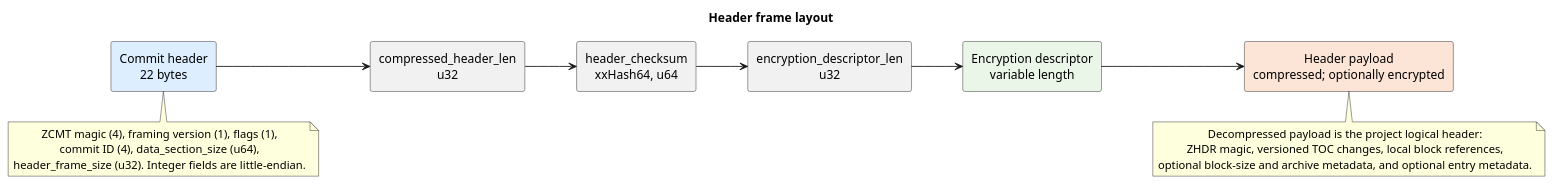
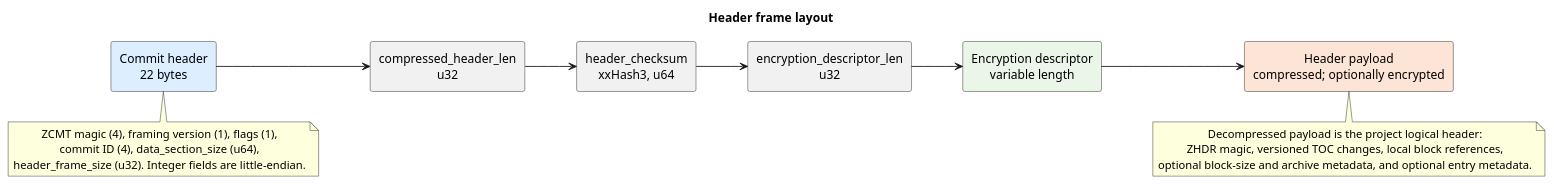
Before and after one commit to brmmm3/zar-rs: the second of 3 diagrams in doc/zar-file-format.md, drawn with PlantUML. The commit also changed other lines of this file and 28 other files, not shown here.

````diff
--- a/doc/zar-file-format.md
+++ b/doc/zar-file-format.md
@@ -71,33 +71,33 @@
 ```plantuml
 @startuml
 title Header frame layout
 left to right direction
 skinparam shadowing false
 skinparam defaultTextAlignment center
 
 rectangle "Commit header\n22 bytes" as commit_header #DCEEFF
 rectangle "compressed_header_len\nu32" as compressed_len
-rectangle "header_checksum\nxxHash64, u64" as header_checksum
+rectangle "header_checksum\nxxHash3, u64" as header_checksum
 rectangle "encryption_descriptor_len\nu32" as descriptor_len
 rectangle "Encryption descriptor\nvariable length" as descriptor #EAF7E8
 rectangle "Header payload\ncompressed; optionally encrypted" as payload #FCE4D6
 
 commit_header --> compressed_len
 compressed_len --> header_checksum
 header_checksum --> descriptor_len
 descriptor_len --> descriptor
 descriptor --> payload
 
 note bottom of commit_header
 ZCMT magic (4), framing version (1), flags (1),
 commit ID (4), data_section_size (u64),
 header_frame_size (u32). Integer fields are little-endian.
 end note
 
 note bottom of payload
 Decompressed payload is the project logical header:
 ZHDR magic, versioned TOC changes, local block references,
 optional block-size and archive metadata, and optional entry metadata.
 end note
 @enduml
 ```
````
